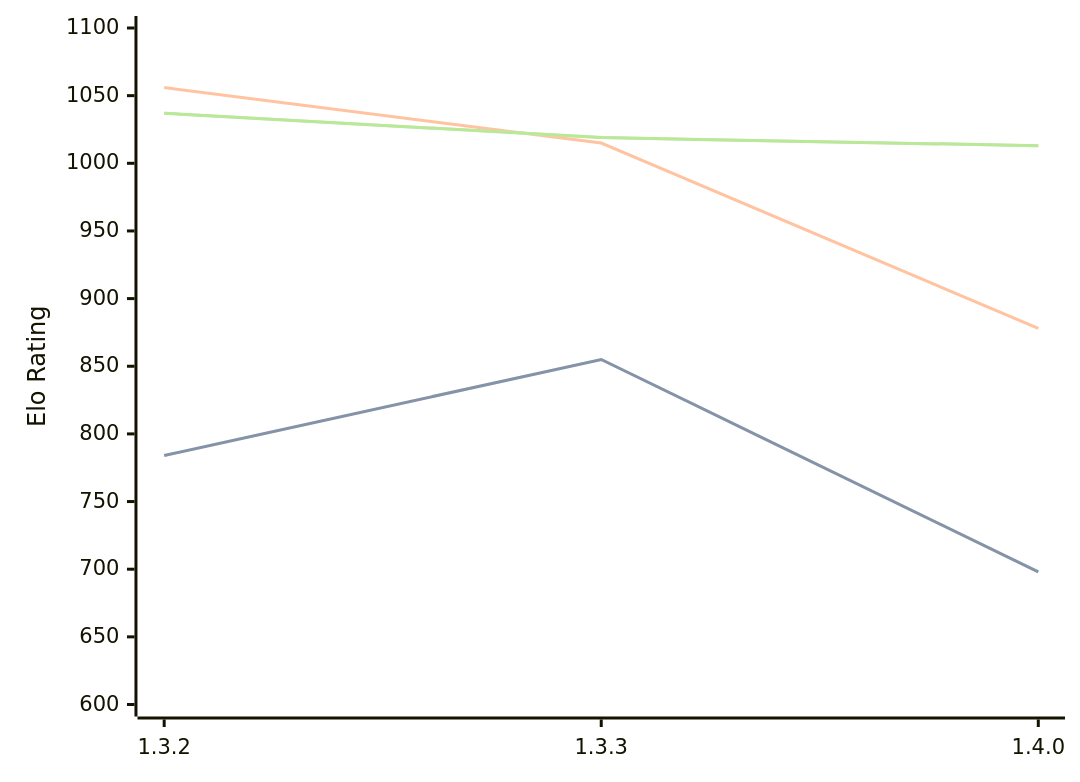
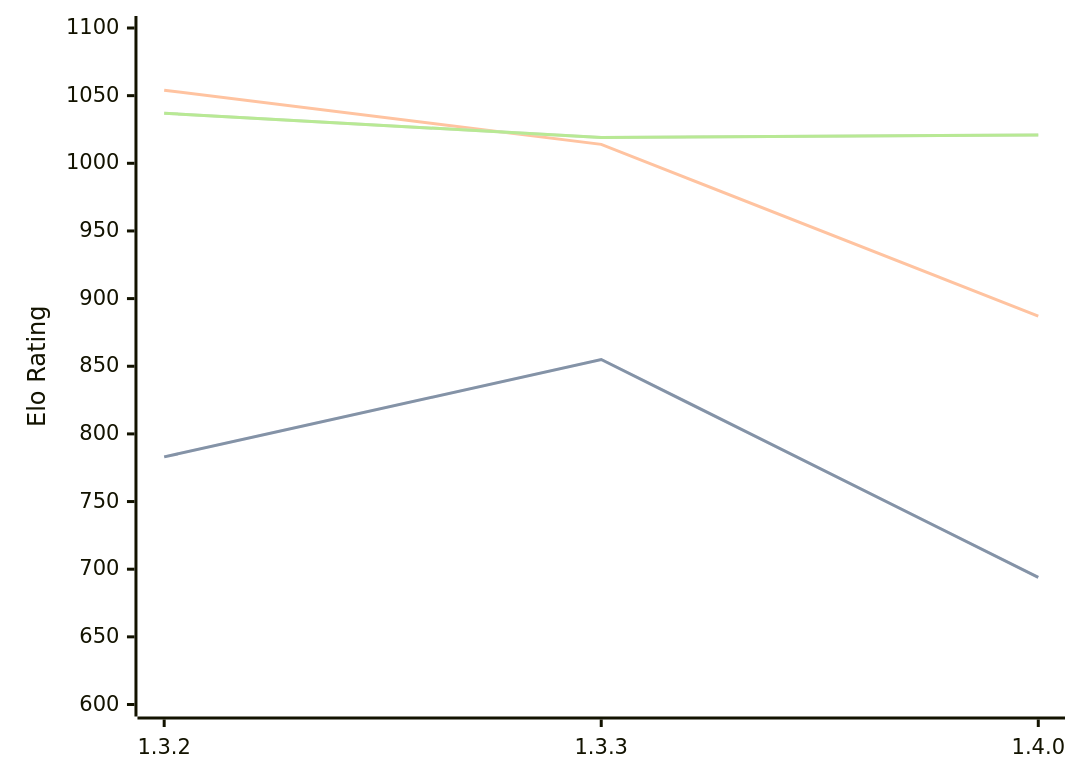
One commit to computer-chess-index/cci changed the diagram in engines/Whitespine.md. Above: the diagram before and after it, drawn with Mermaid. The commit also changed other lines of this file, not shown here.

Commit message:
Update CCI Ratings (ELO VLTC) - 2026-08-10

````diff
--- a/engines/Whitespine.md
+++ b/engines/Whitespine.md
@@ -33,11 +33,11 @@
 ```mermaid
 %%{init: {"theme":"base","themeVariables":{"seriesColors:['#a3a3a3','#222221','#faa371']}}}%%
 xychart-beta
   x-axis ["1.3.2", "1.3.3", "1.4.0"]
   y-axis "Elo Rating" 600 --> 1100
-  line "STC (8.0+0.08s)" [784, 855, 698]
-  line "STC (8.0+0.08s)" [784, 855, 698]
-  line "LTC (60.0+0.60s)" [1056, 1015, 878]
-  line "VLTC (2m24s+1.12s)" [1037, 1019, 1013]
-  line "VLTC (2m24s+1.12s)" [1037, 1019, 1013]
+  line "STC (8.0+0.08s)" [783, 855, 694]
+  line "STC (8.0+0.08s)" [783, 855, 694]
+  line "LTC (60.0+0.60s)" [1054, 1014, 887]
+  line "VLTC (2m24s+1.12s)" [1037, 1019, 1021]
+  line "VLTC (2m24s+1.12s)" [1037, 1019, 1021]
 ```
````
